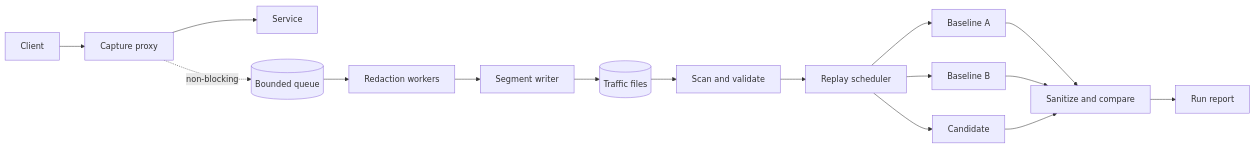
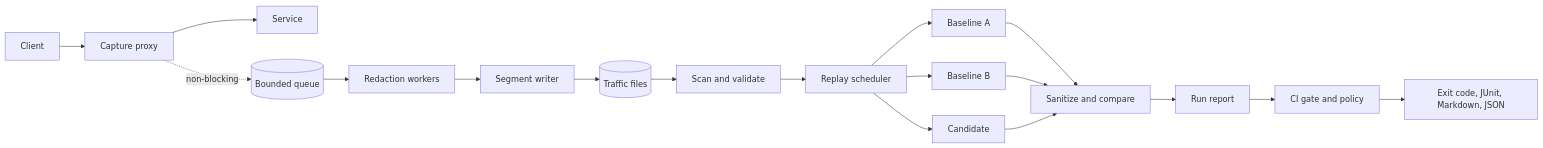
One commit to Bispulm/replaydiff changed the diagram in docs/architecture.md. Above: the diagram before and after it, drawn with Mermaid. The commit also changed other lines of this file and 5 other files, not shown here.

````diff
--- a/docs/architecture.md
+++ b/docs/architecture.md
@@ -3,18 +3,20 @@
 ```mermaid
 flowchart LR
     C[Client] --> P[Capture proxy]
     P --> S[Service]
     P -. "non-blocking" .-> Q[(Bounded queue)]
     Q --> R[Redaction workers]
     R --> W[Segment writer]
     W --> T[(Traffic files)]
     T --> SC[Scan and validate]
     SC --> E[Replay scheduler]
     E --> BA[Baseline A]
     E --> BB[Baseline B]
     E --> CD[Candidate]
     BA --> D[Sanitize and compare]
     BB --> D
     CD --> D
     D --> REP[Run report]
+    REP --> G[CI gate and policy]
+    G --> OUT[Exit code, JUnit, Markdown, JSON]
 ```
````
